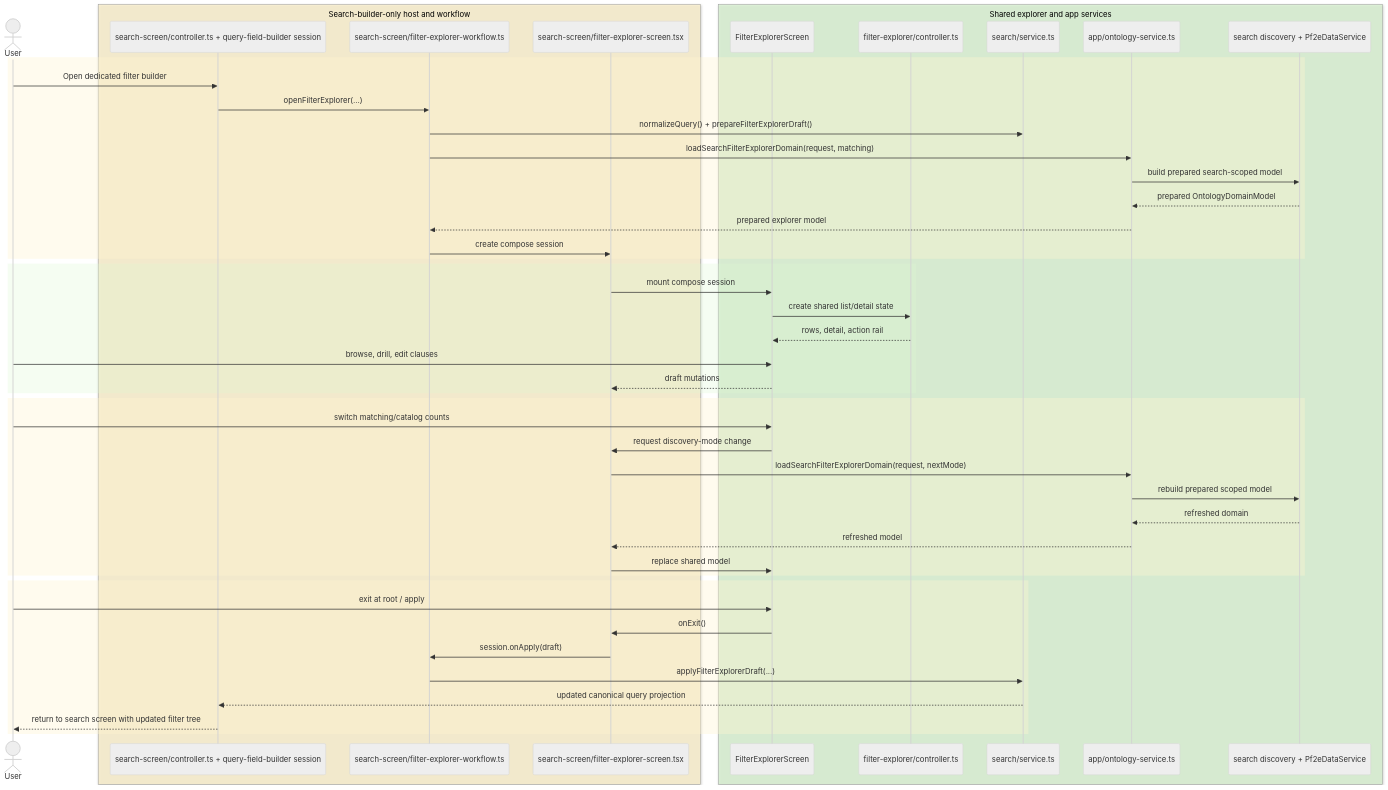
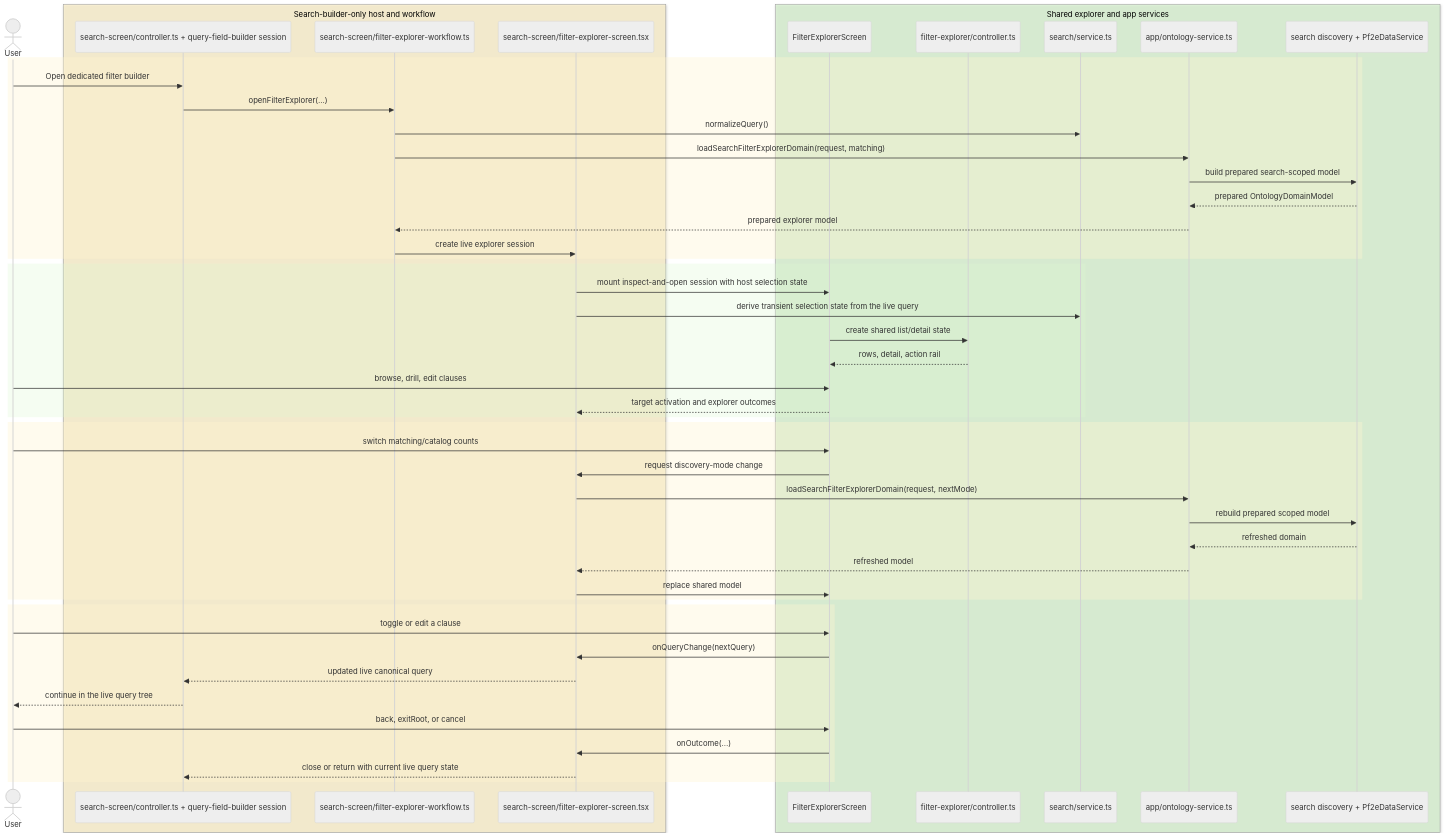
One commit to e-kosten/pf2e-atlas changed the fifth of 7 diagrams in docs/architecture/tui.md. Above: the diagram before and after it, drawn with Mermaid (neutral theme). The commit also changed other lines of this file and 4 other files, not shown here.

Commit message:
docs: align live search editor architecture

````diff
--- a/docs/architecture/tui.md
+++ b/docs/architecture/tui.md
@@ -393,54 +395,56 @@
 ```mermaid
 sequenceDiagram
     actor User as User
     box rgba(255, 243, 205, 0.75) Search-builder-only host and workflow
         participant SearchHost as search-screen/controller.ts + query-field-builder session
         participant Workflow as search-screen/filter-explorer-workflow.ts
-        participant ComposeHost as search-screen/filter-explorer-screen.tsx
+        participant SearchExplorerHost as search-screen/filter-explorer-screen.tsx
     end
     box rgba(217, 247, 208, 0.65) Shared explorer and app services
         participant Explorer as FilterExplorerScreen
         participant Controller as filter-explorer/controller.ts
         participant Search as search/service.ts
         participant Ontology as app/ontology-service.ts
         participant Data as search discovery + Pf2eDataService
     end
 
     rect rgba(255, 243, 205, 0.35)
         User->>SearchHost: Open dedicated filter builder
         SearchHost->>Workflow: openFilterExplorer(...)
-        Workflow->>Search: normalizeQuery() + prepareFilterExplorerDraft()
+        Workflow->>Search: normalizeQuery()
         Workflow->>Ontology: loadSearchFilterExplorerDomain(request, matching)
         Ontology->>Data: build prepared search-scoped model
         Data-->>Ontology: prepared OntologyDomainModel
         Ontology-->>Workflow: prepared explorer model
-        Workflow->>ComposeHost: create compose session
+        Workflow->>SearchExplorerHost: create live explorer session
     end
 
     rect rgba(217, 247, 208, 0.28)
-        ComposeHost->>Explorer: mount compose session
+        SearchExplorerHost->>Explorer: mount inspect-and-open session with host selection state
+        SearchExplorerHost->>Search: derive transient selection state from the live query
         Explorer->>Controller: create shared list/detail state
         Controller-->>Explorer: rows, detail, action rail
         User->>Explorer: browse, drill, edit clauses
-        Explorer-->>ComposeHost: draft mutations
+        Explorer-->>SearchExplorerHost: target activation and explorer outcomes
     end
 
     rect rgba(255, 243, 205, 0.35)
         User->>Explorer: switch matching/catalog counts
-        Explorer->>ComposeHost: request discovery-mode change
-        ComposeHost->>Ontology: loadSearchFilterExplorerDomain(request, nextMode)
+        Explorer->>SearchExplorerHost: request discovery-mode change
+        SearchExplorerHost->>Ontology: loadSearchFilterExplorerDomain(request, nextMode)
         Ontology->>Data: rebuild prepared scoped model
         Data-->>Ontology: refreshed domain
-        Ontology-->>ComposeHost: refreshed model
-        ComposeHost->>Explorer: replace shared model
+        Ontology-->>SearchExplorerHost: refreshed model
+        SearchExplorerHost->>Explorer: replace shared model
     end
 
     rect rgba(255, 243, 205, 0.35)
-        User->>Explorer: exit at root / apply
-        Explorer->>ComposeHost: onExit()
-        ComposeHost->>Workflow: session.onApply(draft)
-        Workflow->>Search: applyFilterExplorerDraft(...)
-        Search-->>SearchHost: updated canonical query projection
-        SearchHost-->>User: return to search screen with updated filter tree
+        User->>Explorer: toggle or edit a clause
+        Explorer->>SearchExplorerHost: onQueryChange(nextQuery)
+        SearchExplorerHost-->>SearchHost: updated live canonical query
+        SearchHost-->>User: continue in the live query tree
+        User->>Explorer: back, exitRoot, or cancel
+        Explorer->>SearchExplorerHost: onOutcome(...)
+        SearchExplorerHost-->>SearchHost: close or return with current live query state
     end
 ```
````
